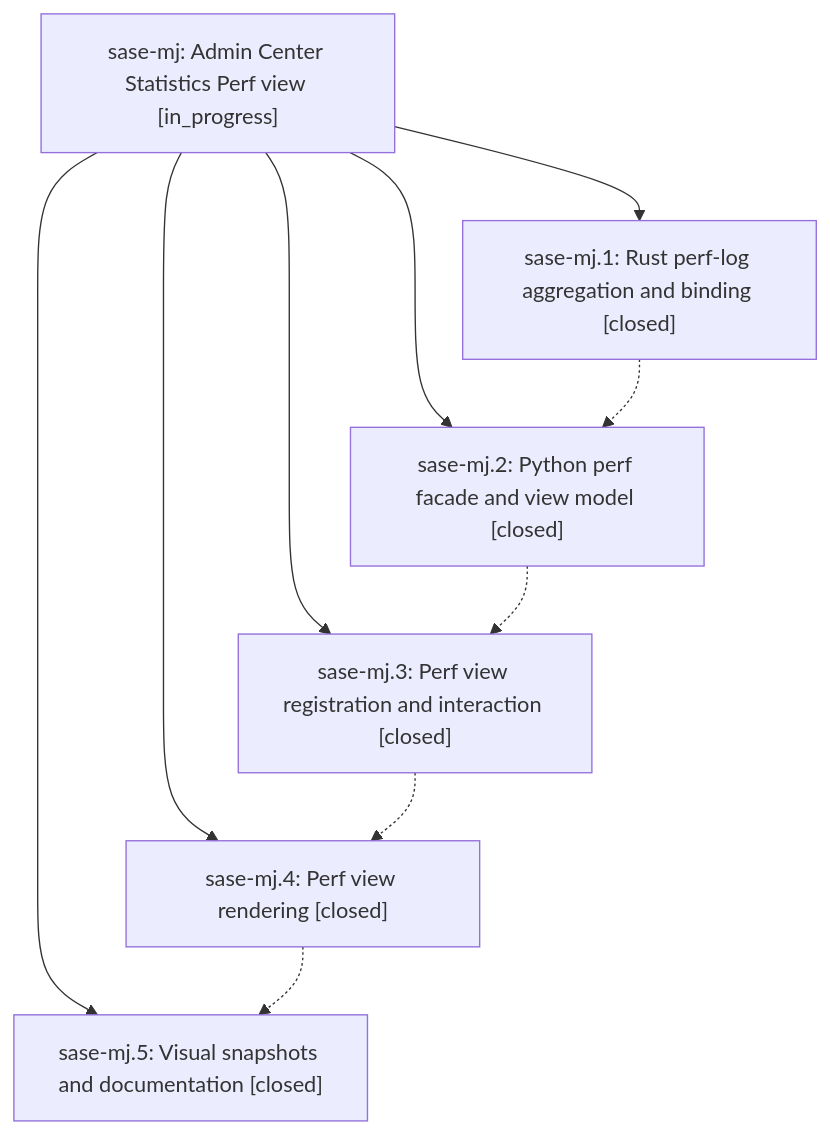
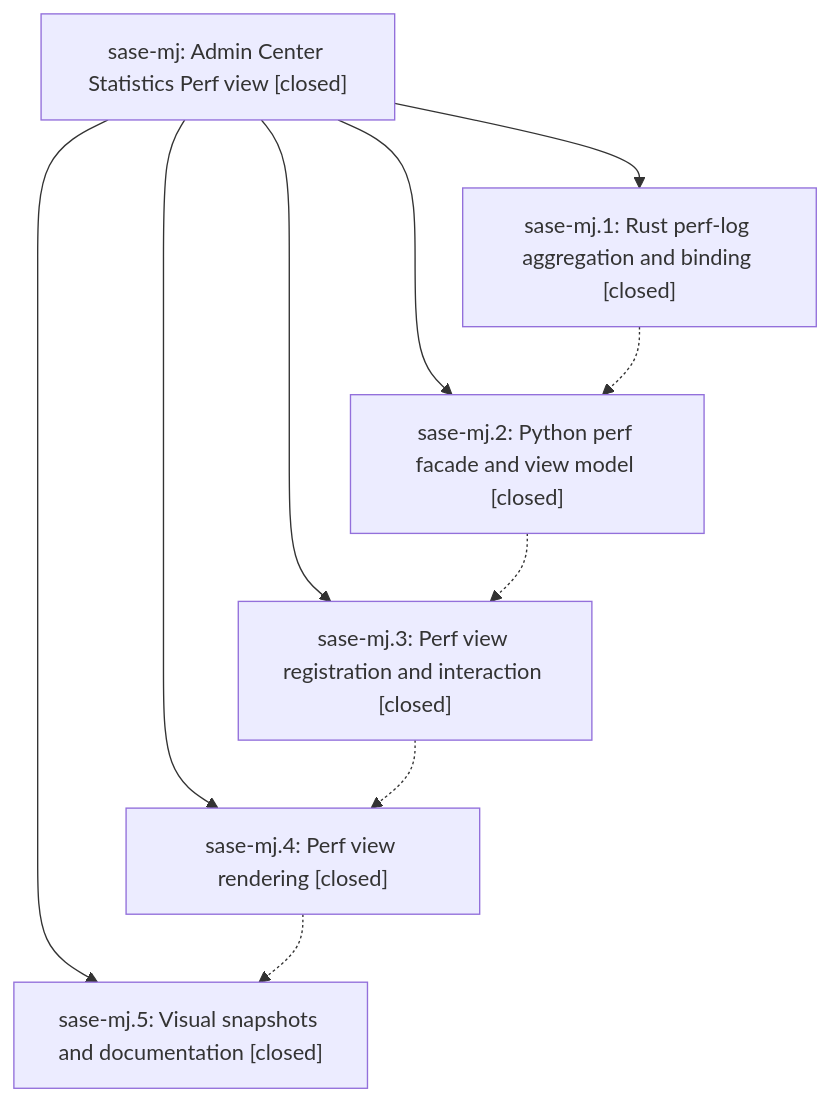
Before and after one commit to sase-org/sase--beads: the diagram in pages/sase-mj/README.md, drawn with Mermaid. The commit also changed other lines of this file, not shown here.

First line of the commit message:
chore(beads): sync bead state and pages for sase-mj

````diff
--- a/pages/sase-mj/README.md
+++ b/pages/sase-mj/README.md
@@ -32,18 +58,18 @@
 ```mermaid
 flowchart TD
-    n0["sase-mj: Admin Center Statistics Perf view [in_progress]"]
+    n0["sase-mj: Admin Center Statistics Perf view [closed]"]
     n1["sase-mj.1: Rust perf-log aggregation and binding [closed]"]
     n2["sase-mj.2: Python perf facade and view model [closed]"]
     n3["sase-mj.3: Perf view registration and interaction [closed]"]
     n4["sase-mj.4: Perf view rendering [closed]"]
     n5["sase-mj.5: Visual snapshots and documentation [closed]"]
     n0 --> n1
     n0 --> n2
     n0 --> n3
     n0 --> n4
     n0 --> n5
     n1 -.-> n2
     n2 -.-> n3
     n3 -.-> n4
     n4 -.-> n5
 ```
````
